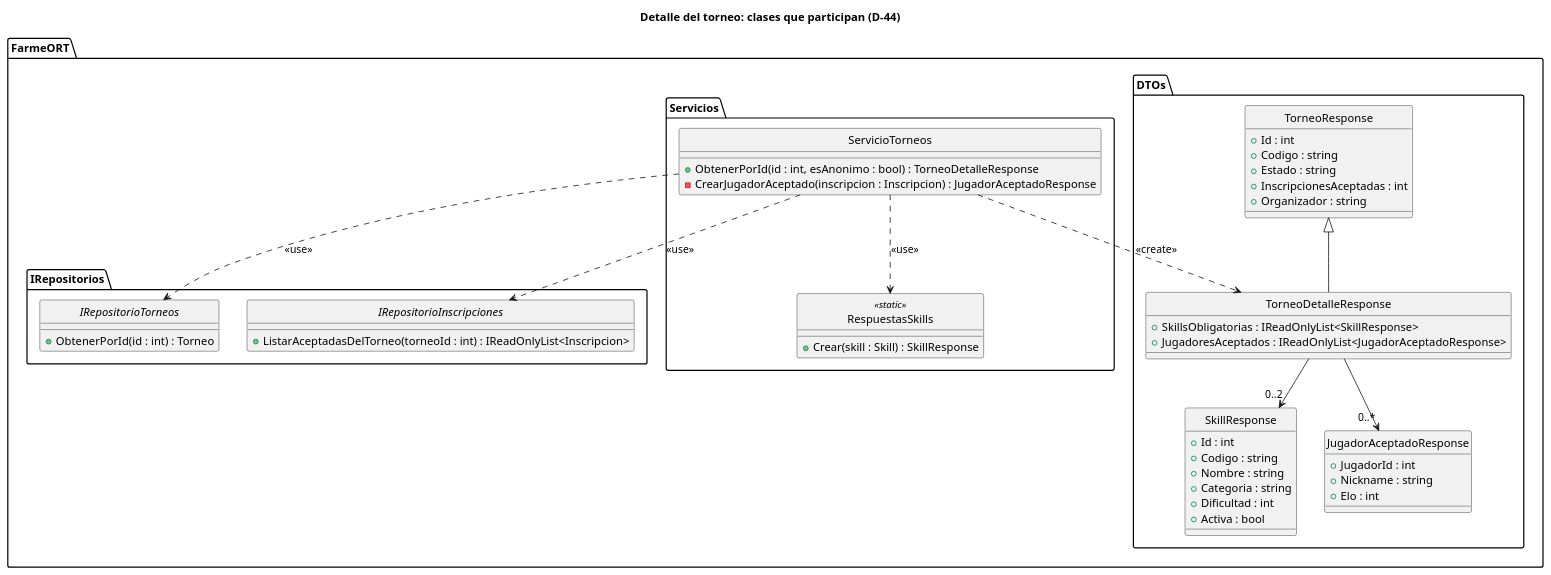
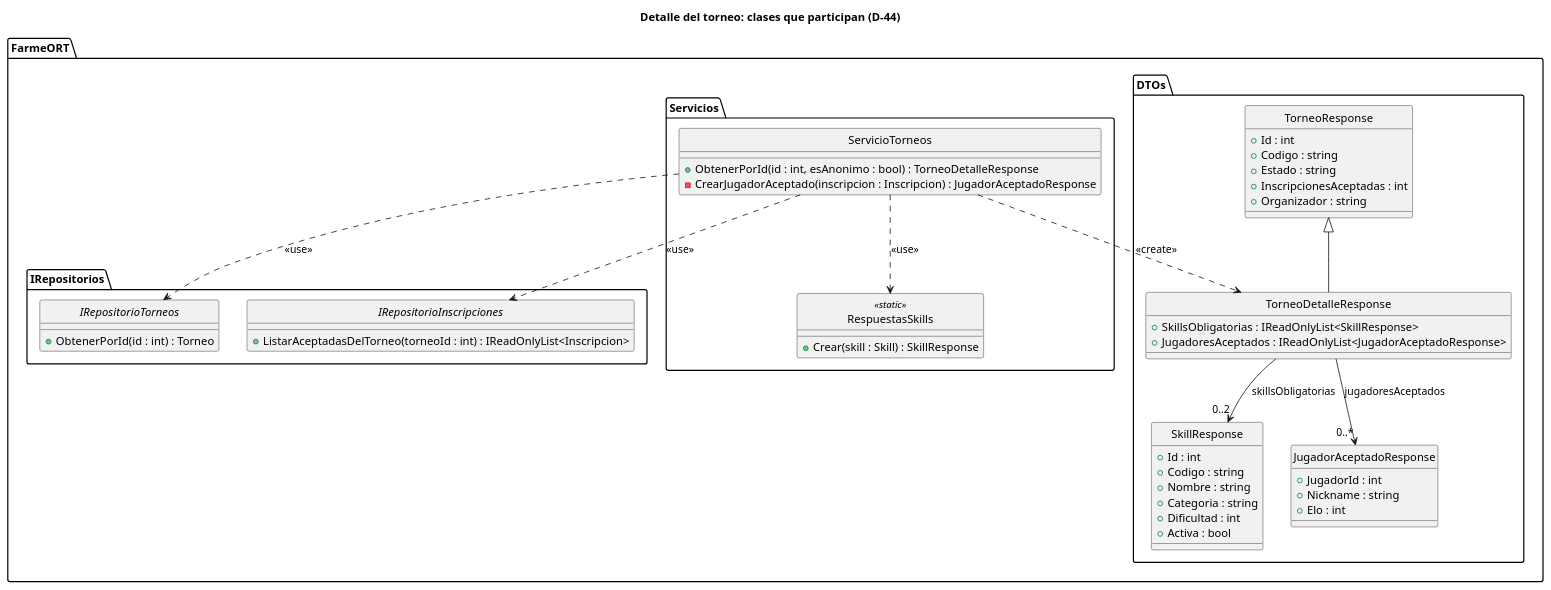
Before and after one commit to Seba0512/FarmeORT: the diagram in docs/uml/detalle-torneo-clases.puml, drawn with PlantUML. The commit also changed 4 other files, not shown here.

Commit message:
docs (docs/uml/): agrega el rol a las relaciones de los diagramas de clases que tienen cardinalidad

```diff
--- a/docs/uml/detalle-torneo-clases.puml
+++ b/docs/uml/detalle-torneo-clases.puml
@@ -1,58 +1,58 @@
 @startuml
 hide circle
 title Detalle del torneo: clases que participan (D-44)
 
 package FarmeORT.DTOs {
   class TorneoResponse {
     + Id : int
     + Codigo : string
     + Estado : string
     + InscripcionesAceptadas : int
     + Organizador : string
   }
   class TorneoDetalleResponse {
     + SkillsObligatorias : IReadOnlyList<SkillResponse>
     + JugadoresAceptados : IReadOnlyList<JugadorAceptadoResponse>
   }
   class SkillResponse {
     + Id : int
     + Codigo : string
     + Nombre : string
     + Categoria : string
     + Dificultad : int
     + Activa : bool
   }
   class JugadorAceptadoResponse {
     + JugadorId : int
     + Nickname : string
     + Elo : int
   }
 }
 
 package FarmeORT.Servicios {
   class ServicioTorneos {
     + ObtenerPorId(id : int, esAnonimo : bool) : TorneoDetalleResponse
     - CrearJugadorAceptado(inscripcion : Inscripcion) : JugadorAceptadoResponse
   }
   class RespuestasSkills <<static>> {
     + Crear(skill : Skill) : SkillResponse
   }
 }
 
 package FarmeORT.IRepositorios {
   interface IRepositorioTorneos {
     + ObtenerPorId(id : int) : Torneo
   }
   interface IRepositorioInscripciones {
     + ListarAceptadasDelTorneo(torneoId : int) : IReadOnlyList<Inscripcion>
   }
 }
 
 TorneoResponse <|-- TorneoDetalleResponse
-TorneoDetalleResponse --> "0..2" SkillResponse
-TorneoDetalleResponse --> "0..*" JugadorAceptadoResponse
+TorneoDetalleResponse --> "0..2" SkillResponse : skillsObligatorias
+TorneoDetalleResponse --> "0..*" JugadorAceptadoResponse : jugadoresAceptados
 ServicioTorneos ..> IRepositorioTorneos : <<use>>
 ServicioTorneos ..> IRepositorioInscripciones : <<use>>
 ServicioTorneos ..> RespuestasSkills : <<use>>
 ServicioTorneos ..> TorneoDetalleResponse : <<create>>
 @enduml
```
